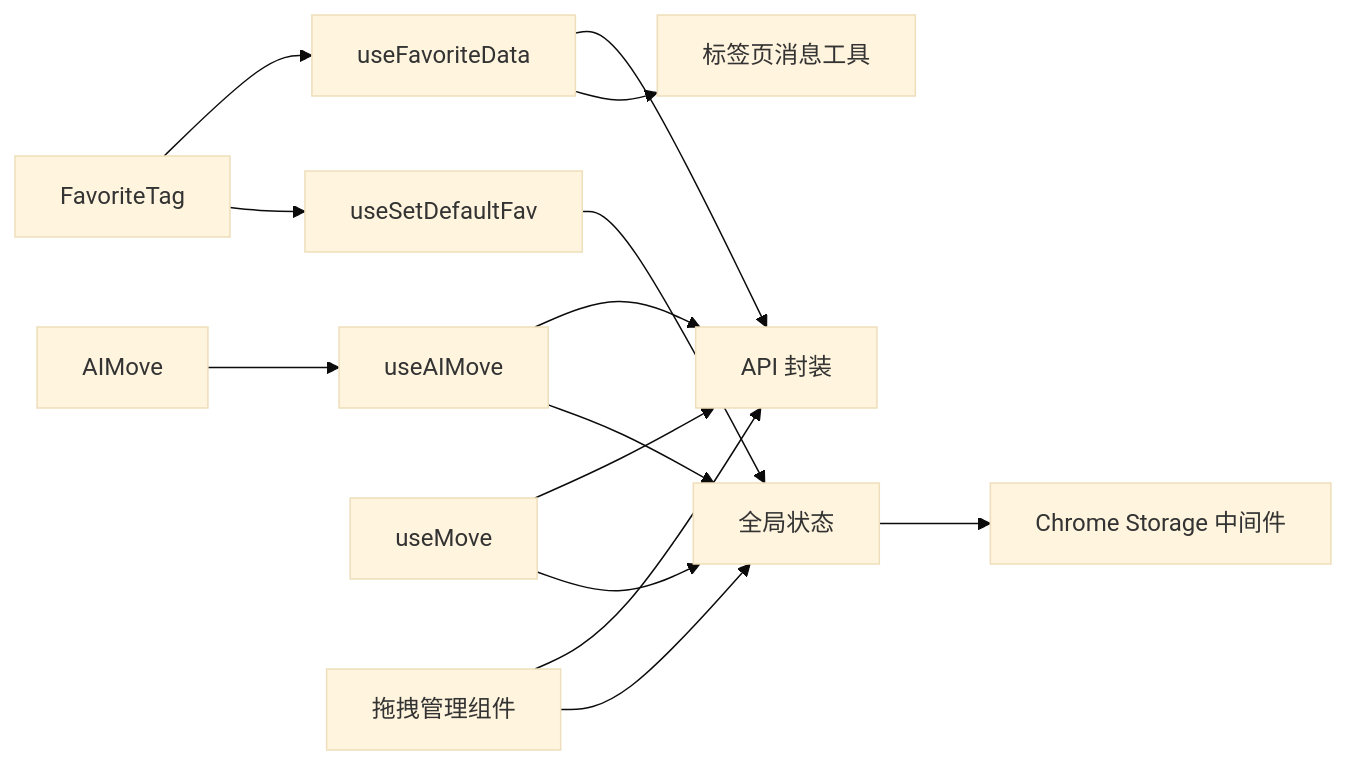
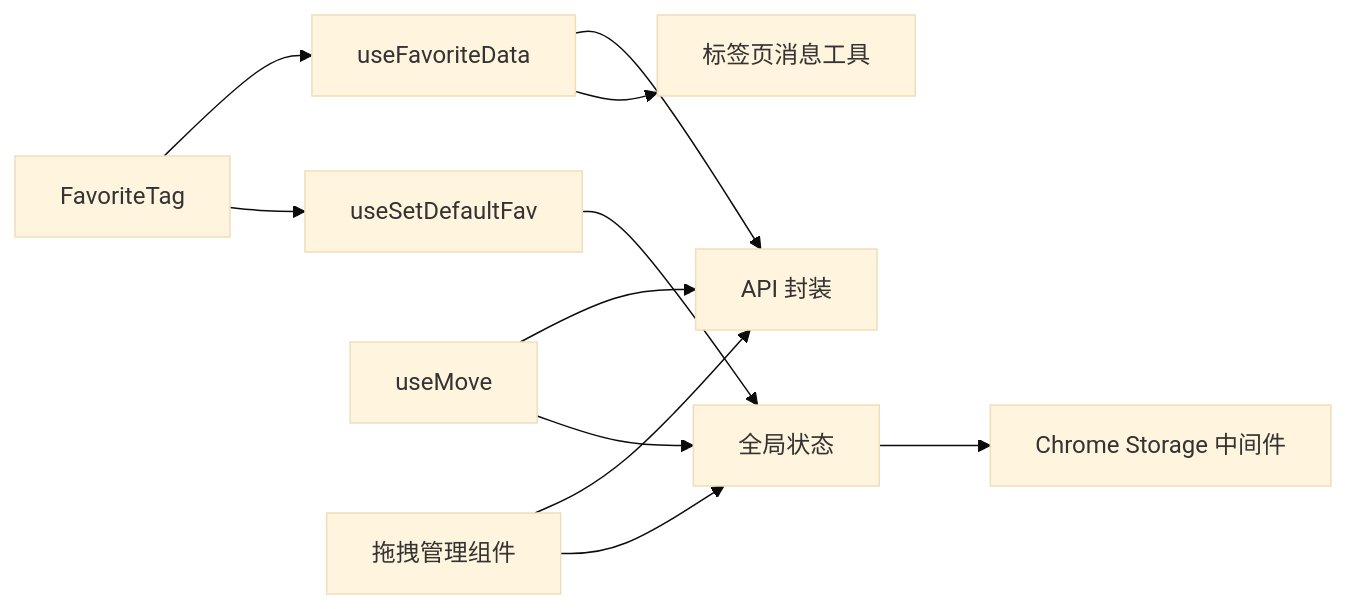
One commit to RadiumAg/bilibili-favorites changed the ninth of 9 diagrams in .qoder/repowiki/zh/content/核心功能模块/收藏夹管理系统.md. Above: the diagram before and after it, drawn with Mermaid (base theme). The commit also changed other lines of this file and 21 other files, not shown here.

````diff
--- a/.qoder/repowiki/zh/content/核心功能模块/收藏夹管理系统.md
+++ b/.qoder/repowiki/zh/content/核心功能模块/收藏夹管理系统.md
@@ -407,16 +328,13 @@
 ```mermaid
 graph LR
 FavoriteTag["FavoriteTag"] --> useFavoriteData["useFavoriteData"]
 FavoriteTag --> useSetDefaultFav["useSetDefaultFav"]
-AIMove["AIMove"] --> useAIMove["useAIMove"]
 useFavoriteData --> api["API 封装"]
 useFavoriteData --> tab["标签页消息工具"]
 useSetDefaultFav --> globalStore["全局状态"]
-useAIMove --> api
-useAIMove --> globalStore
 useMove["useMove"] --> api
 useMove --> globalStore
 DragManager["拖拽管理组件"] --> api
 DragManager --> globalStore
 globalStore --> storageMW["Chrome Storage 中间件"]
 ```
````
